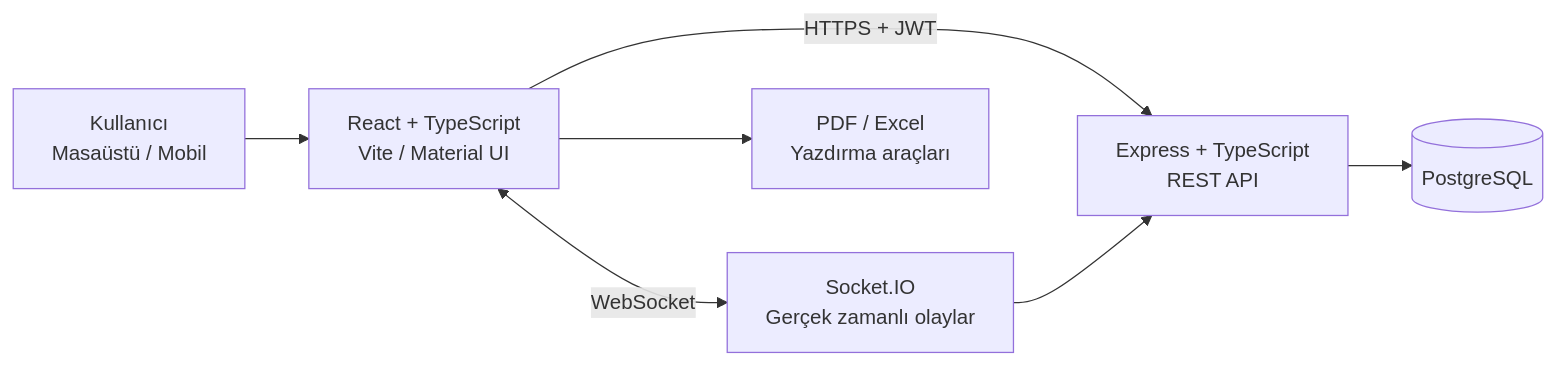
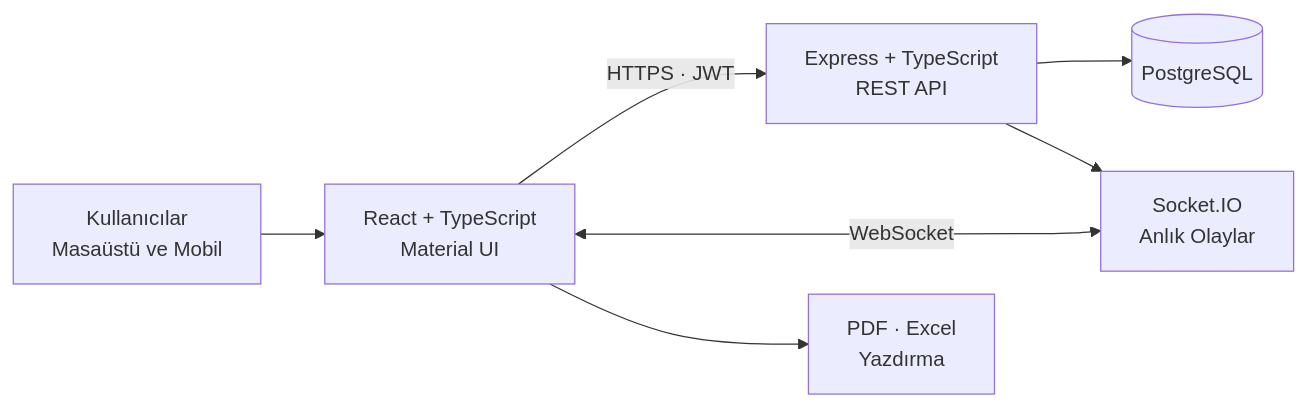
Before and after one commit to salih12s/projecrm: the diagram in README.md, drawn with Mermaid. The commit also changed other lines of this file and 9 other files, not shown here.

````diff
--- a/README.md
+++ b/README.md
@@ -162,16 +166,16 @@
 ```mermaid
 flowchart LR
-    U["Kullanıcı<br/>Masaüstü / Mobil"]
-    F["React + TypeScript<br/>Vite / Material UI"]
-    A["Express + TypeScript<br/>REST API"]
-    S["Socket.IO<br/>Gerçek zamanlı olaylar"]
-    D[("PostgreSQL")]
-    P["PDF / Excel<br/>Yazdırma araçları"]
+    K["Kullanıcılar<br/>Masaüstü ve Mobil"]
+    UI["React + TypeScript<br/>Material UI"]
+    API["Express + TypeScript<br/>REST API"]
+    RT["Socket.IO<br/>Anlık Olaylar"]
+    DB[("PostgreSQL")]
+    DOC["PDF · Excel<br/>Yazdırma"]
 
-    U --> F
-    F -->|"HTTPS + JWT"| A
-    F <-->|"WebSocket"| S
-    A --> D
-    S --> A
-    F --> P
+    K --> UI
+    UI -->|"HTTPS · JWT"| API
+    UI <-->|"WebSocket"| RT
+    API --> DB
+    API --> RT
+    UI --> DOC
 ```
````
